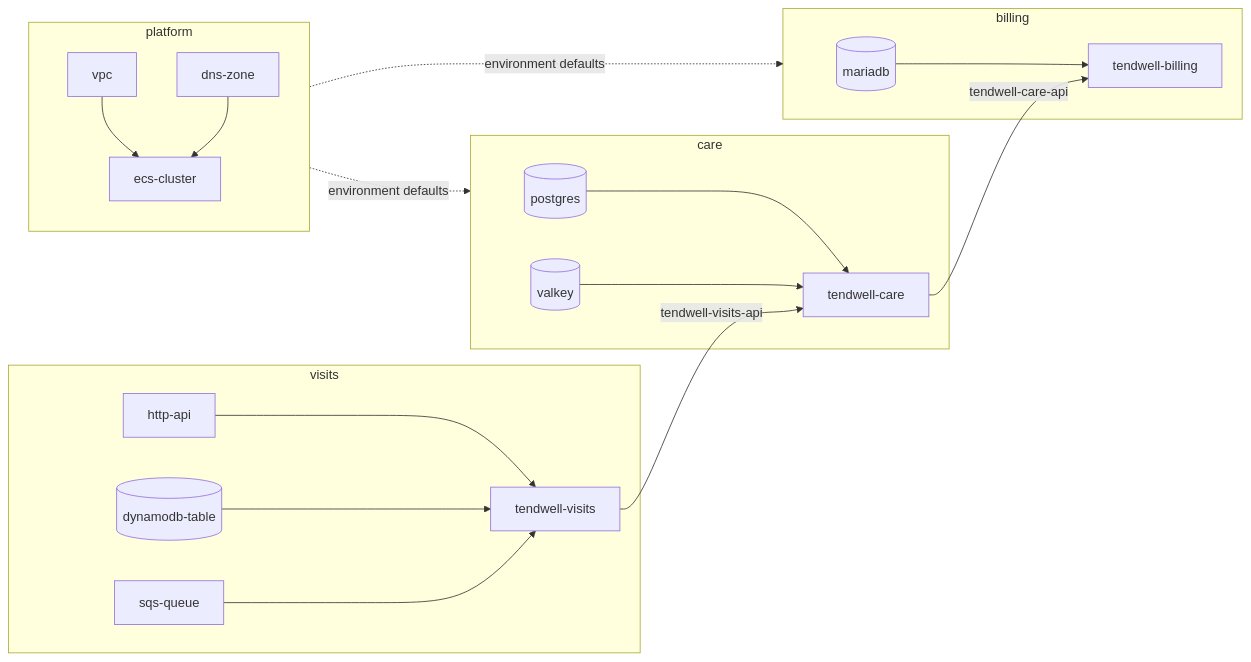
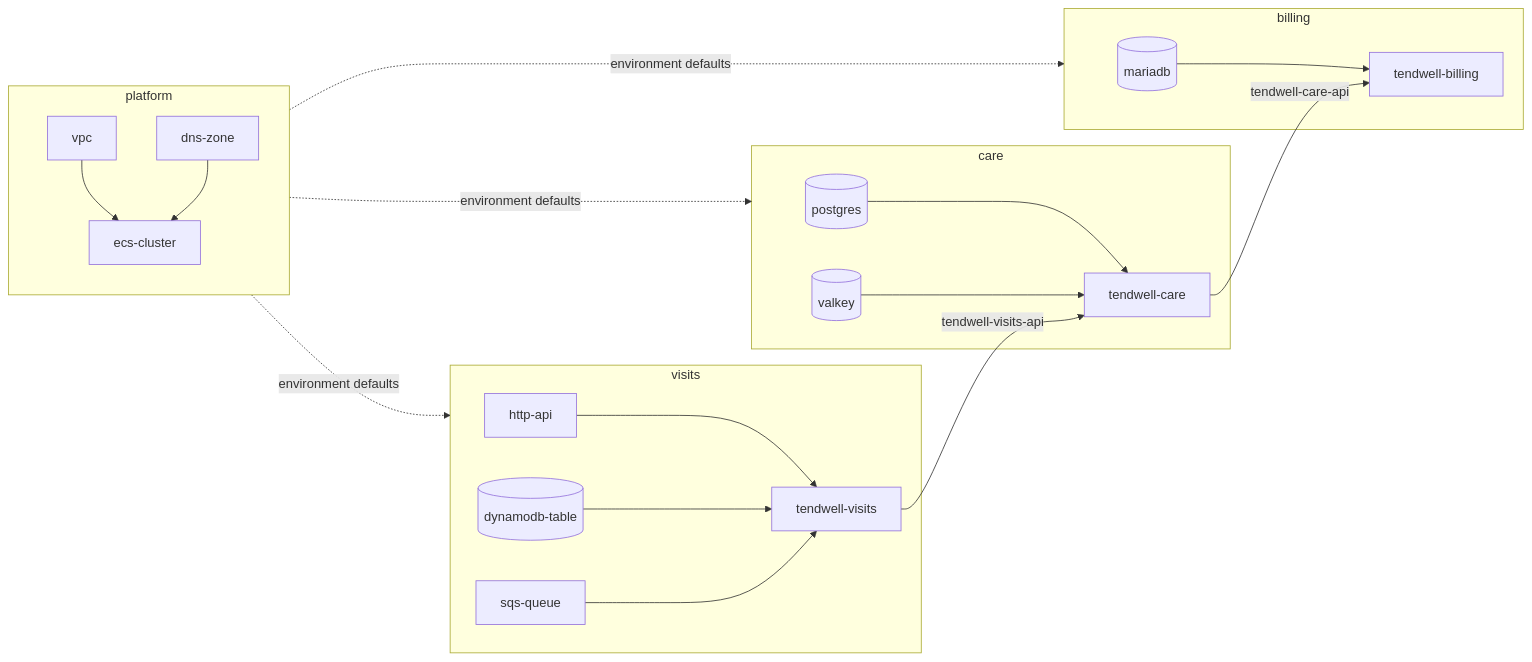
One commit to massdriver-catalogs/aws changed the diagram in examples/telehealth/README.md. Above: the diagram before and after it, drawn with Mermaid. The commit also changed other lines of this file and 25 other files, not shown here.

````diff
--- a/examples/telehealth/README.md
+++ b/examples/telehealth/README.md
@@ -17,23 +19,24 @@
 ```mermaid
 flowchart LR
   subgraph platform
     network[vpc] --> cluster[ecs-cluster]
     dns[dns-zone] --> cluster
   end
   subgraph visits
     api[http-api] --> vapp[tendwell-visits]
     slots[(dynamodb-table)] --> vapp
     q[sqs-queue] --> vapp
   end
   subgraph care
     pg[(postgres)] --> capp[tendwell-care]
     vk[(valkey)] --> capp
   end
   subgraph billing
     db[(mariadb)] --> bapp[tendwell-billing]
   end
   vapp -- tendwell-visits-api --> capp
   capp -- tendwell-care-api --> bapp
+  platform -. environment defaults .-> visits
   platform -. environment defaults .-> care
   platform -. environment defaults .-> billing
 ```
````
